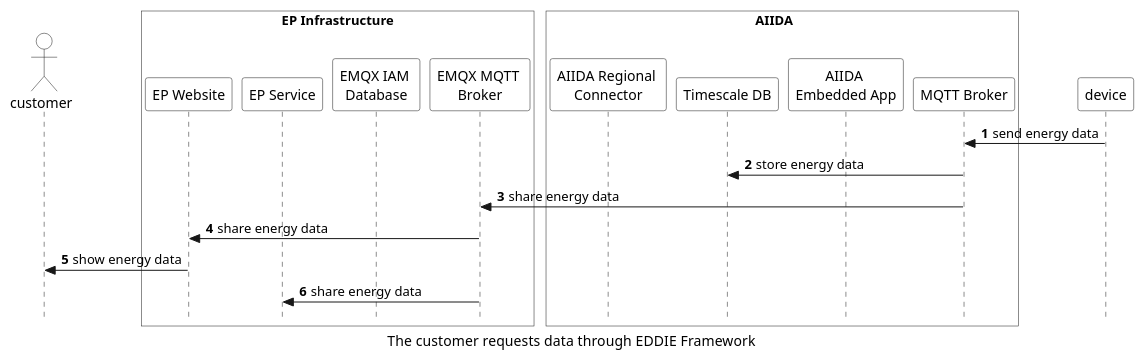
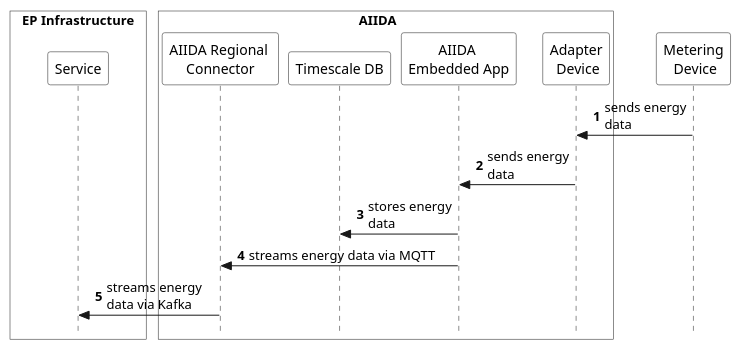
One commit to eddie-energy/architecture changed the diagram in arc42/aiida/runtime-view/figures/aiida_request_data.puml. Above: the diagram before and after it, drawn with PlantUML. The commit also changed 50 other files, not shown here.

```diff
--- a/arc42/aiida/runtime-view/figures/aiida_request_data.puml
+++ b/arc42/aiida/runtime-view/figures/aiida_request_data.puml
@@ -1,40 +1,35 @@
 @startuml aiida_request_data
 'sequence diagram
-caption The customer requests data through EDDIE  Framework
 
 skinparam style strictuml
 skinparam sequence {
   ParticipantBackgroundColor transparent
   ActorBackgroundColor transparent
 }
 
 autonumber
 !pragma teoz true
-actor customer
 
-box "Device" as device
+' actor customer
+box "EP Infrastructure" #transparent
+' participant "EP Website" as website
+participant "Service" as service
 end box
+box "\tAIIDA\t\t"  #transparent
+participant "AIIDA Regional \nConnector" as connector
+participant "Timescale DB" as timescale
+participant "AIIDA \nEmbedded App"  as app
+participant "Adapter\n Device" as adapter
+end box
+participant "Metering\n Device" as device
 
-box "EP Infrastructure" #transparent
+device -> adapter : sends energy\ndata
+adapter -> app : sends energy\ndata
+app -> timescale : stores energy\ndata
+app -> connector : streams energy data via MQTT
+connector -> service : streams energy \ndata via Kafka
 
-    participant "EP Website" as website
-       participant "EP Service" as service
-      participant "EMQX IAM \nDatabase" as database
-    participant "EMQX MQTT \nBroker" as mqttbroker
-end box
-    box "\tAIIDA\t\t"  #transparent
-    participant "AIIDA Regional \nConnector" as connector
-     participant "Timescale DB" as timescale
-      participant "AIIDA \nEmbedded App"  as app
-      participant "MQTT Broker" as broker
-  end box
+' website -> customer : show energy data
+' connector -> website : share energy data
 
-
-
-device -> broker : send energy data
-broker -> timescale : store energy data
-broker -> mqttbroker : share energy data 
-mqttbroker -> website : share energy data  
-website -> customer : show energy data
-mqttbroker -> service : share energy data
 @enduml
```
